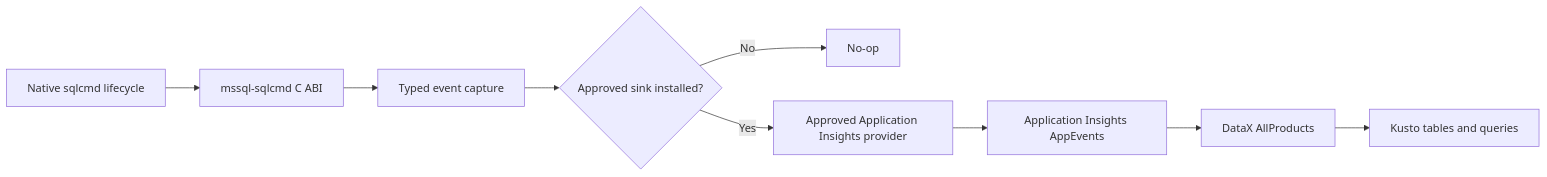
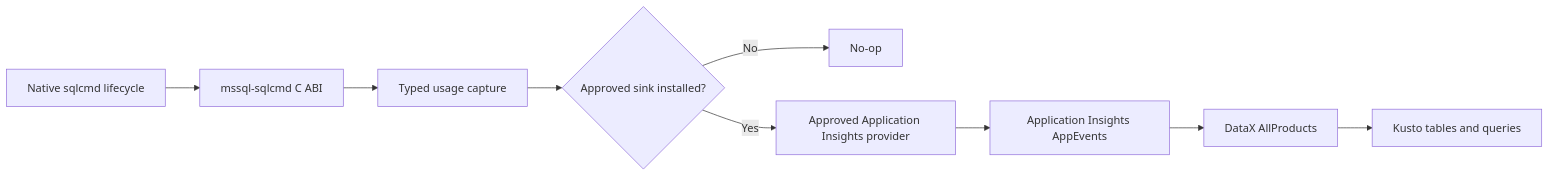
One commit to microsoft/mssql-rs changed the first of 3 diagrams in mssql-sqlcmd/docs/telemetry.md. Above: the diagram before and after it, drawn with Mermaid. The commit also changed other lines of this file and 4 other files, not shown here.

````diff
--- a/mssql-sqlcmd/docs/telemetry.md
+++ b/mssql-sqlcmd/docs/telemetry.md
@@ -28,16 +27,16 @@
 ```mermaid
 flowchart LR
     Native[Native sqlcmd lifecycle]
     ABI[mssql-sqlcmd C ABI]
-    Capture[Typed event capture]
+    Capture[Typed usage capture]
     Sink{Approved sink installed?}
     Noop[No-op]
     Provider[Approved Application Insights provider]
     AI[Application Insights AppEvents]
     DataX[DataX AllProducts]
     Kusto[Kusto tables and queries]
 
     Native --> ABI --> Capture --> Sink
     Sink -- No --> Noop
     Sink -- Yes --> Provider --> AI --> DataX --> Kusto
 ```
````
